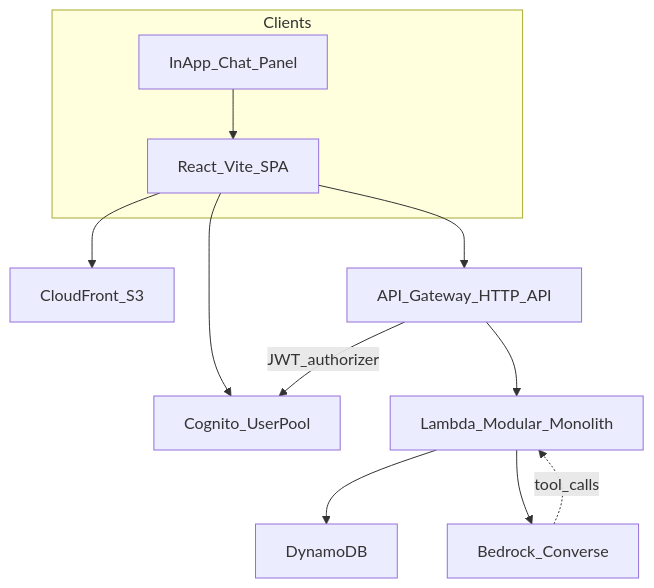
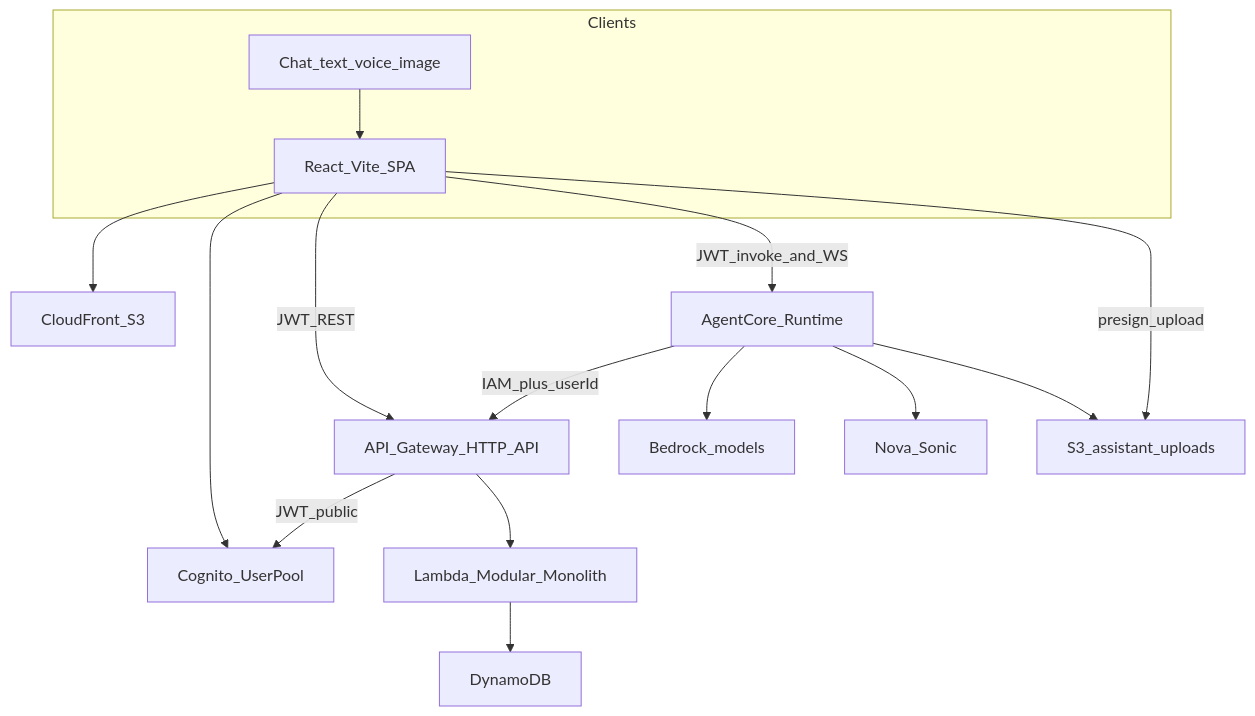
Before and after one commit to jaganathan-vinod/smartshop: the diagram in docs/project-technical-requirements.md, drawn with Mermaid. The commit also changed other lines of this file and 6 other files, not shown here.

First line of the commit message:
Plan Phase 5 on AgentCore Runtime with text, voice, and image.

````diff
--- a/docs/project-technical-requirements.md
+++ b/docs/project-technical-requirements.md
@@ -28,24 +28,31 @@
 ```mermaid
 flowchart TB
   subgraph clients [Clients]
     SPA[React_Vite_SPA]
-    ChatUI[InApp_Chat_Panel]
+    ChatUI[Chat_text_voice_image]
   end
 
   CF[CloudFront_S3]
   APIGW[API_Gateway_HTTP_API]
   Cognito[Cognito_UserPool]
   Lambda[Lambda_Modular_Monolith]
   DDB[DynamoDB]
-  Bedrock[Bedrock_Converse]
+  Runtime[AgentCore_Runtime]
+  Sonic[Nova_Sonic]
+  Models[Bedrock_models]
+  Uploads[S3_assistant_uploads]
 
   SPA --> CF
   ChatUI --> SPA
   SPA --> Cognito
-  SPA --> APIGW
+  SPA -->|JWT_REST| APIGW
+  SPA -->|JWT_invoke_and_WS| Runtime
+  APIGW -->|JWT_public| Cognito
   APIGW --> Lambda
-  APIGW -->|JWT_authorizer| Cognito
   Lambda --> DDB
-  Lambda --> Bedrock
-  Bedrock -.->|tool_calls| Lambda
+  Runtime -->|IAM_plus_userId| APIGW
+  Runtime --> Models
+  Runtime --> Sonic
+  Runtime --> Uploads
+  SPA -->|presign_upload| Uploads
 ```
````
